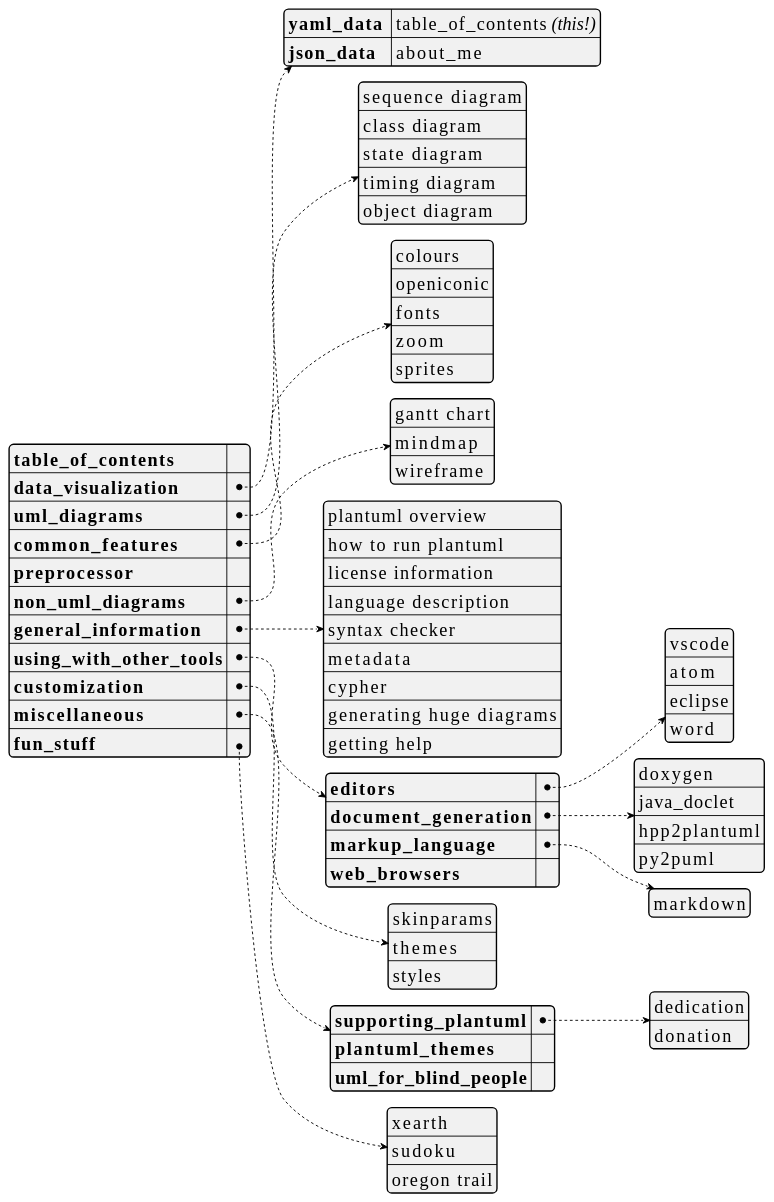
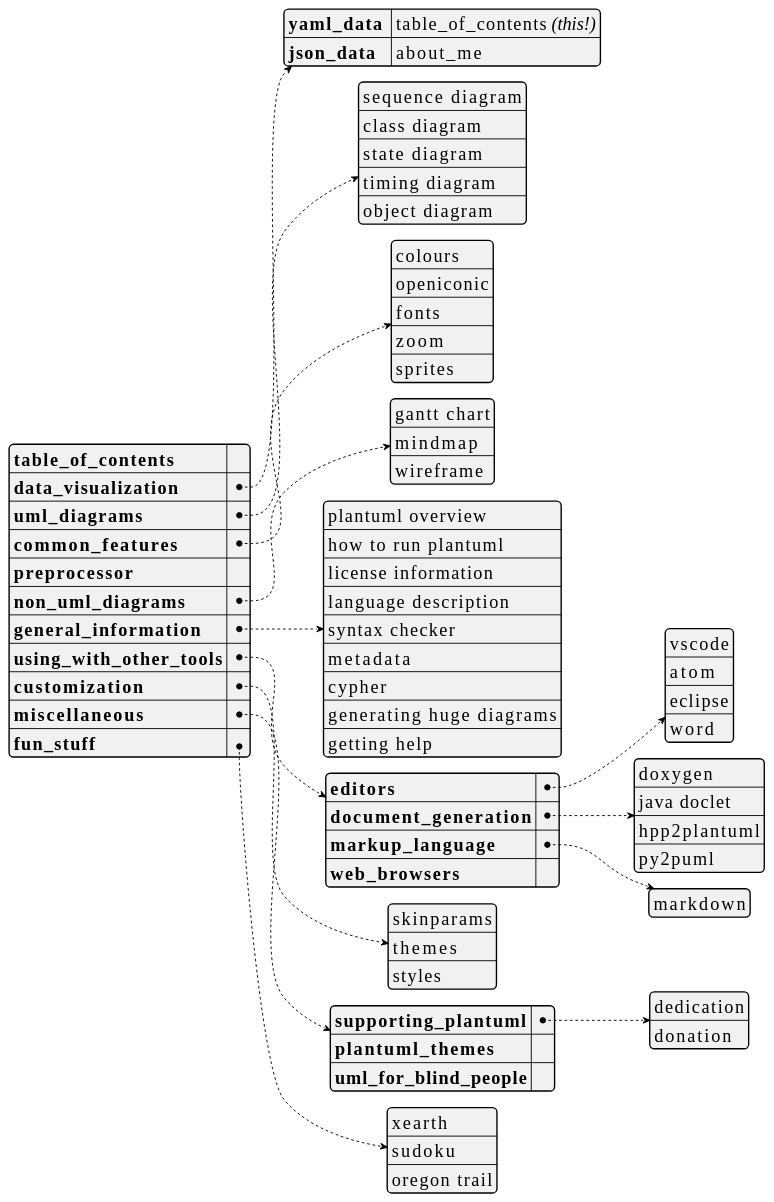
The first of 35 diagrams in plantuml_demo.md (dragondive/heavens-arena), drawn with PlantUML before and after one commit. The commit also changed other lines of this file and 1 other file, not shown here.

````diff
--- a/plantuml_demo.md
+++ b/plantuml_demo.md
@@ -27,82 +27,82 @@
 ```plantuml
 @startyaml
 <style>
 yamlDiagram {
     node {
         ' use a constant width font because that's what developers do.
         FontName Consolas
         FontSize 20
     }
 }
 </style>
 
 /'TODO:
 It would be cool to hyperlink the entries in the table_of_contents to the
 respective section in the document. Not only would it further accentuate the
 [Medium Awareness](https://tvtropes.org/pmwiki/pmwiki.php/Main/MediumAwareness)
 of this yaml document, but also augment the
 [Anachronic Order](https://tvtropes.org/pmwiki/pmwiki.php/Main/AnachronicOrder)
 of the outer markdown document.
 '/
 
 **table_of_contents**: ""  /' workaround: empty string here to avoid dummy link '/
 data_visualization:
     yaml_data : table_of_contents //(this!)//
     json_data : about_me
 uml_diagrams:
     - sequence diagram
     - class diagram
     - state diagram
     - timing diagram
     - object diagram
 common_features:
     - colours
     - openiconic
     - fonts
     - zoom
     - sprites
 preprocessor: ""
 non_uml_diagrams:
     - gantt chart
     - mindmap
     - wireframe
 general_information:
     - plantuml overview
     - how to run plantuml
     - license information
     - language description
     - syntax checker
     - metadata
     - cypher
     - generating huge diagrams
     - getting help
 using_with_other_tools:
     editors:
         - vscode
         - atom
         - eclipse
         - word
     document_generation:
         - doxygen
-        - java_doclet
+        - java doclet
         - hpp2plantuml
         - py2puml
     markup_language:
         - markdown
     web_browsers: ""
 customization:
     - skinparams
     - themes
     - styles
 miscellaneous:
     supporting_plantuml:
         - dedication
         - donation
     plantuml_themes: ""
     uml_for_blind_people: ""
 fun_stuff:
     - xearth
     - sudoku
     - oregon trail
 @endyaml
 ```
````
